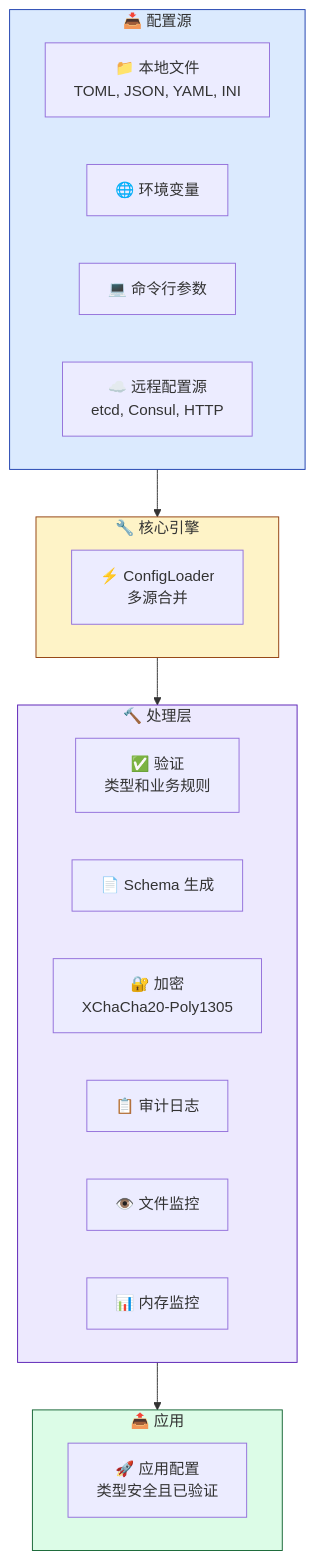
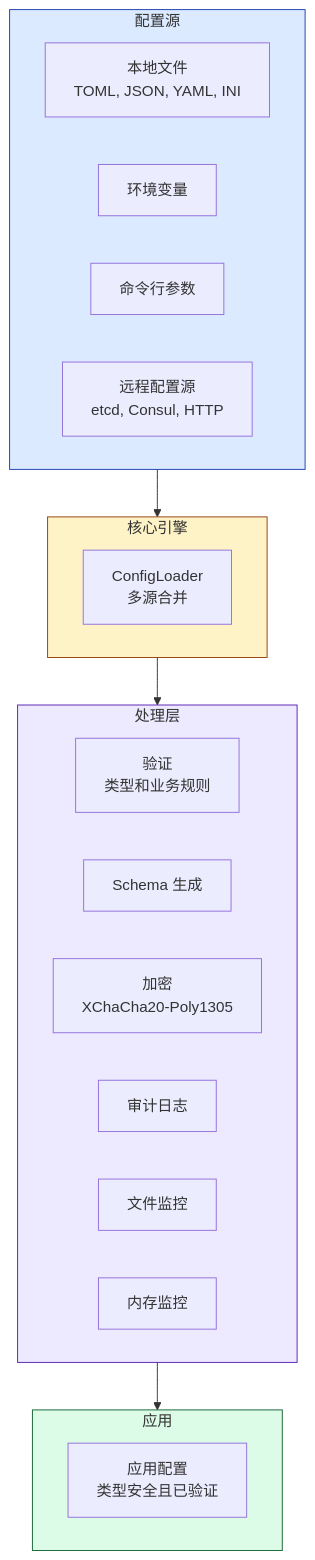
One commit to Kirky-X/confers changed the second of 3 diagrams in README_zh.md. Above: the diagram before and after it, drawn with Mermaid. The commit also changed other lines of this file and 3 other files, not shown here.

First line of the commit message:
docs: clean mermaid node emojis for renderer compatibility

````diff
--- a/README_zh.md
+++ b/README_zh.md
@@ -573,35 +573,35 @@
 ```mermaid
 graph TB
-    subgraph Sources ["📥 配置源"]
-        A[📁 本地文件<br/>TOML, JSON, YAML, INI]
-        B[🌐 环境变量]
-        C[💻 命令行参数]
-        D[☁️ 远程配置源<br/>etcd, Consul, HTTP]
+    subgraph Sources ["配置源"]
+        A["本地文件<br/>TOML, JSON, YAML, INI"]
+        B["环境变量"]
+        C["命令行参数"]
+        D["远程配置源<br/>etcd, Consul, HTTP"]
     end
 
-    subgraph Core ["🔧 核心引擎"]
-        E[⚡ ConfigLoader<br/>多源合并]
+    subgraph Core ["核心引擎"]
+        E["ConfigLoader<br/>多源合并"]
     end
 
-    subgraph Processing ["🔨 处理层"]
-        F[✅ 验证<br/>类型和业务规则]
-        G[📄 Schema 生成]
-        H[🔐 加密<br/>XChaCha20-Poly1305]
-        I[📋 审计日志]
-        J[👁️ 文件监控]
-        K[📊 内存监控]
+    subgraph Processing ["处理层"]
+        F["验证<br/>类型和业务规则"]
+        G["Schema 生成"]
+        H["加密<br/>XChaCha20-Poly1305"]
+        I["审计日志"]
+        J["文件监控"]
+        K["内存监控"]
     end
 
-    subgraph Output ["📤 应用"]
-        L[🚀 应用配置<br/>类型安全且已验证]
+    subgraph Output ["应用"]
+        L["应用配置<br/>类型安全且已验证"]
     end
 
     Sources --> Core
     Core --> Processing
     Processing --> Output
 
     style Sources fill:#DBEAFE,stroke:#1E40AF
     style Core fill:#FEF3C7,stroke:#92400E
     style Processing fill:#EDE9FE,stroke:#5B21B6
     style Output fill:#DCFCE7,stroke:#166534
 ```
````
